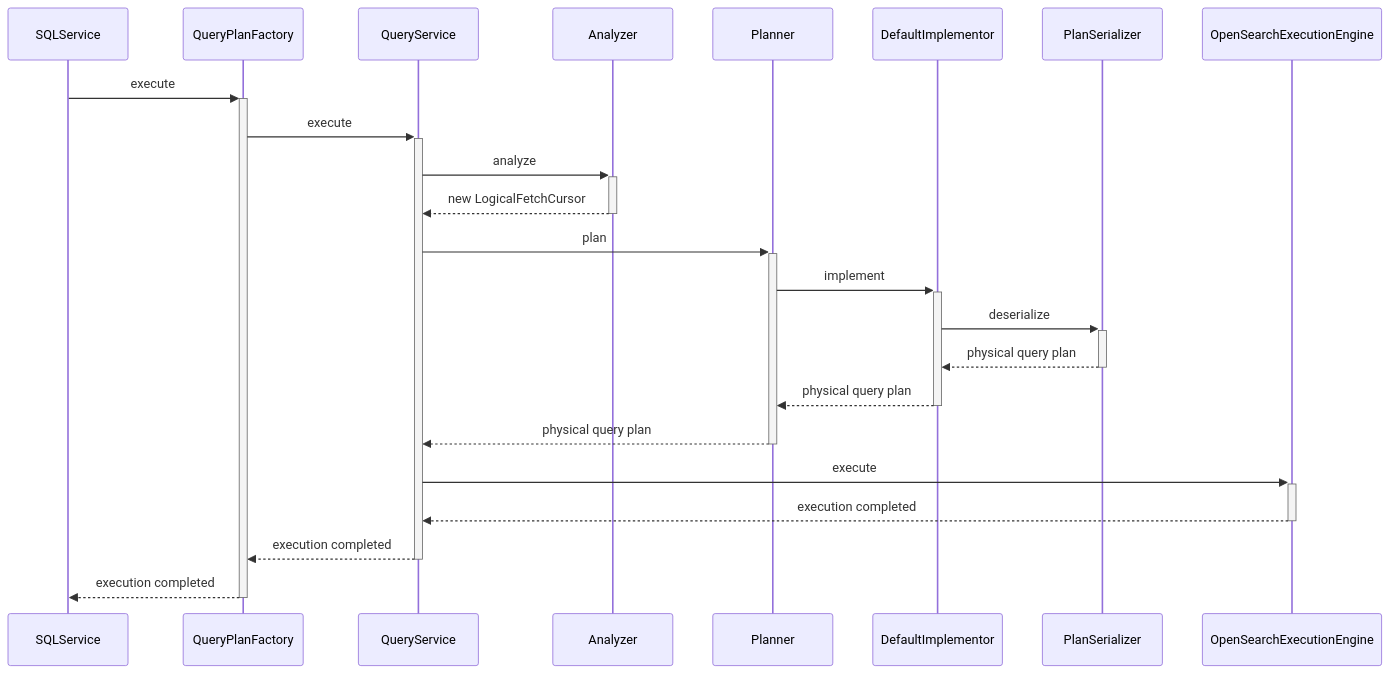
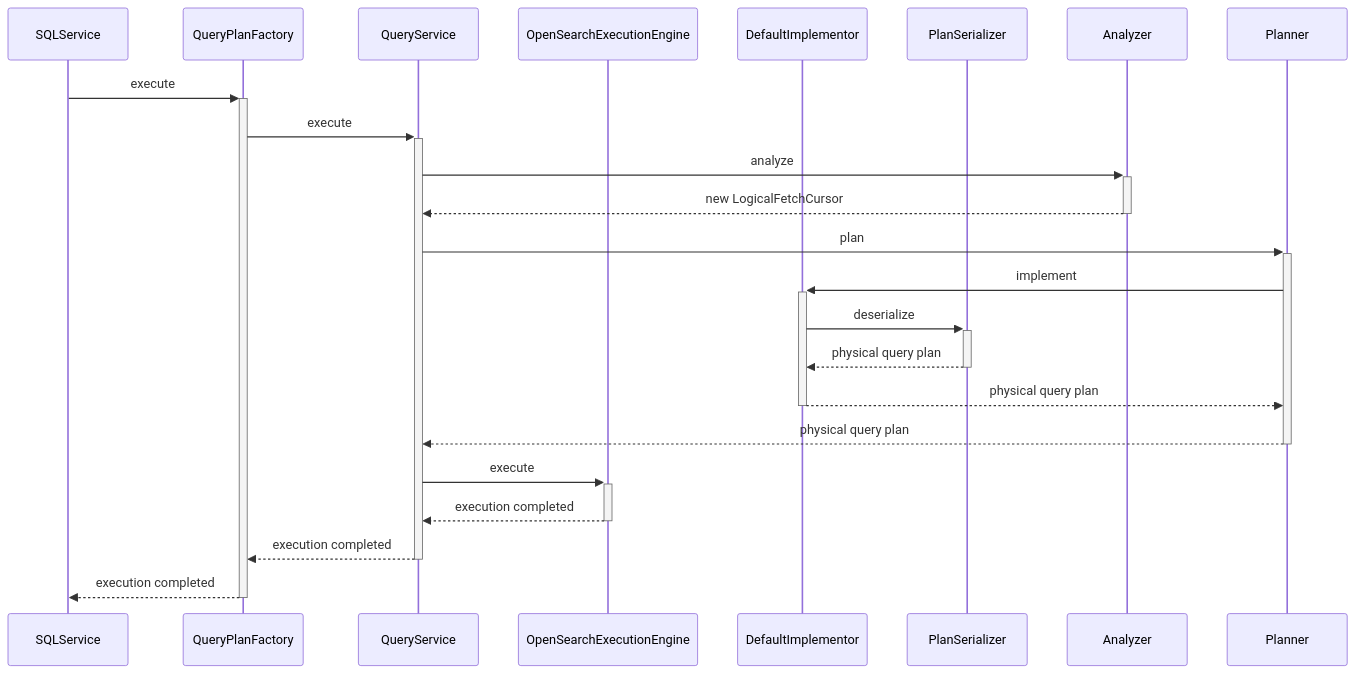
Before and after one commit to opensearch-project/sql: diagram 13 of 20 in docs/dev/Pagination-v2.md, drawn with Mermaid. The commit also changed other lines of this file and 34 other files, not shown here.

````diff
--- a/docs/dev/Pagination-v2.md
+++ b/docs/dev/Pagination-v2.md
@@ -501,18 +501,24 @@
 ```mermaid
 sequenceDiagram
+    participant SQLService
+    participant QueryPlanFactory
+    participant QueryService
+    participant OpenSearchExecutionEngine
+    participant DefaultImplementor
+    participant PlanSerializer
 
 SQLService ->>+ QueryPlanFactory : execute
   QueryPlanFactory ->>+ QueryService : execute
   QueryService ->>+ Analyzer : analyze
   Analyzer -->>- QueryService : new LogicalFetchCursor
   QueryService ->>+ Planner : plan
   Planner ->>+ DefaultImplementor : implement
   DefaultImplementor ->>+ PlanSerializer : deserialize
   PlanSerializer -->>- DefaultImplementor: physical query plan
   DefaultImplementor -->>- Planner : physical query plan
   Planner -->>- QueryService : physical query plan
   QueryService ->>+ OpenSearchExecutionEngine : execute
   OpenSearchExecutionEngine -->>- QueryService: execution completed
   QueryService -->>- QueryPlanFactory : execution completed
   QueryPlanFactory -->>- SQLService : execution completed
 ```
````
